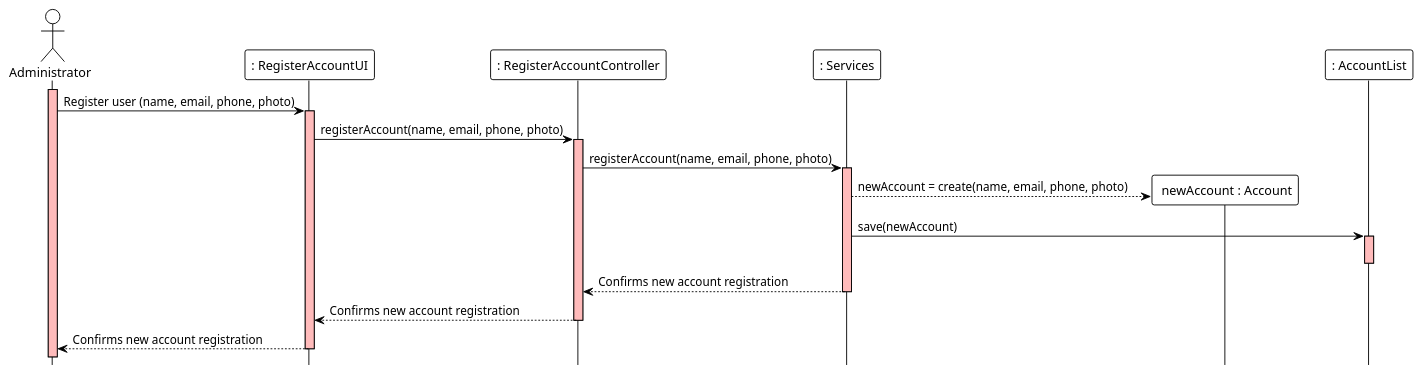
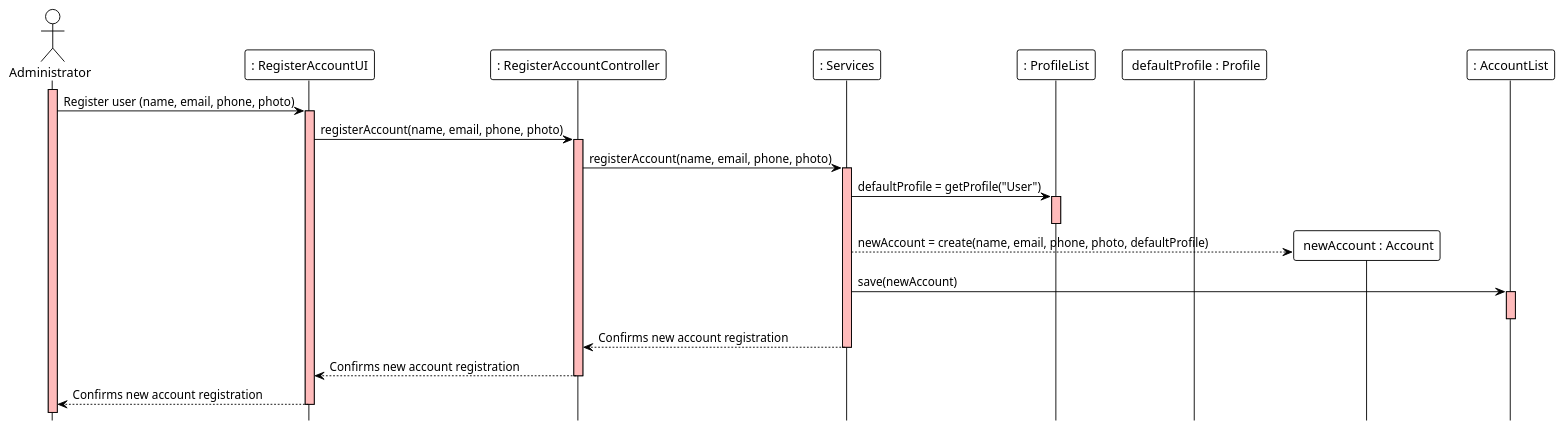
One commit to ivo-menezes/project_g3 changed the diagram in docs/modelling_design/user_stories/us002/US002_RegisterUserSD.puml. Above: the diagram before and after it, drawn with PlantUML. The commit also changed 1 other file, not shown here.

Commit message:
US002: Design: add RegisterUserCD and update RegisterUserSD

```diff
--- a/docs/modelling_design/user_stories/us002/US002_RegisterUserSD.puml
+++ b/docs/modelling_design/user_stories/us002/US002_RegisterUserSD.puml
@@ -1,34 +1,39 @@
 @startuml
 !theme plain
 hide footbox
 actor Administrator  as Administrator
 participant ": RegisterAccountUI" as UI
 participant ": RegisterAccountController" as Controller
 participant ": Services" as Services
-participant " newAccount : Account"
+participant ": ProfileList" as ProfileList
+participant " defaultProfile : Profile"
+participant " newAccount : Account" as newAccount
 participant ": AccountList" as List
 
 activate Administrator #FFBBBB
 Administrator ->  UI : Register user (name, email, phone, photo)
 activate UI #FFBBBB
 UI -> Controller : registerAccount(name, email, phone, photo)
 activate Controller #FFBBBB
 Controller -> Services : registerAccount(name, email, phone, photo)
 activate Services #FFBBBB
-Services -->" newAccount : Account" ** : newAccount = create(name, email, phone, photo)
+Services -> ProfileList : defaultProfile = getProfile("User")
+activate ProfileList #FFBBBB
+deactivate ProfileList
+Services --> newAccount ** : newAccount = create(name, email, phone, photo, defaultProfile)
 Services -> List : save(newAccount)
 
 activate List #FFBBBB
 deactivate List
 
 'List -> List : emailExists(email)
 
 'List -> List : add(newAccount)
 'List --> Services : Confirms new account registration
 Services --> Controller : Confirms new account registration
 deactivate Services
 Controller --> UI : Confirms new account registration
 deactivate Controller
 UI --> Administrator : Confirms new account registration
 deactivate UI
 @enduml
```
